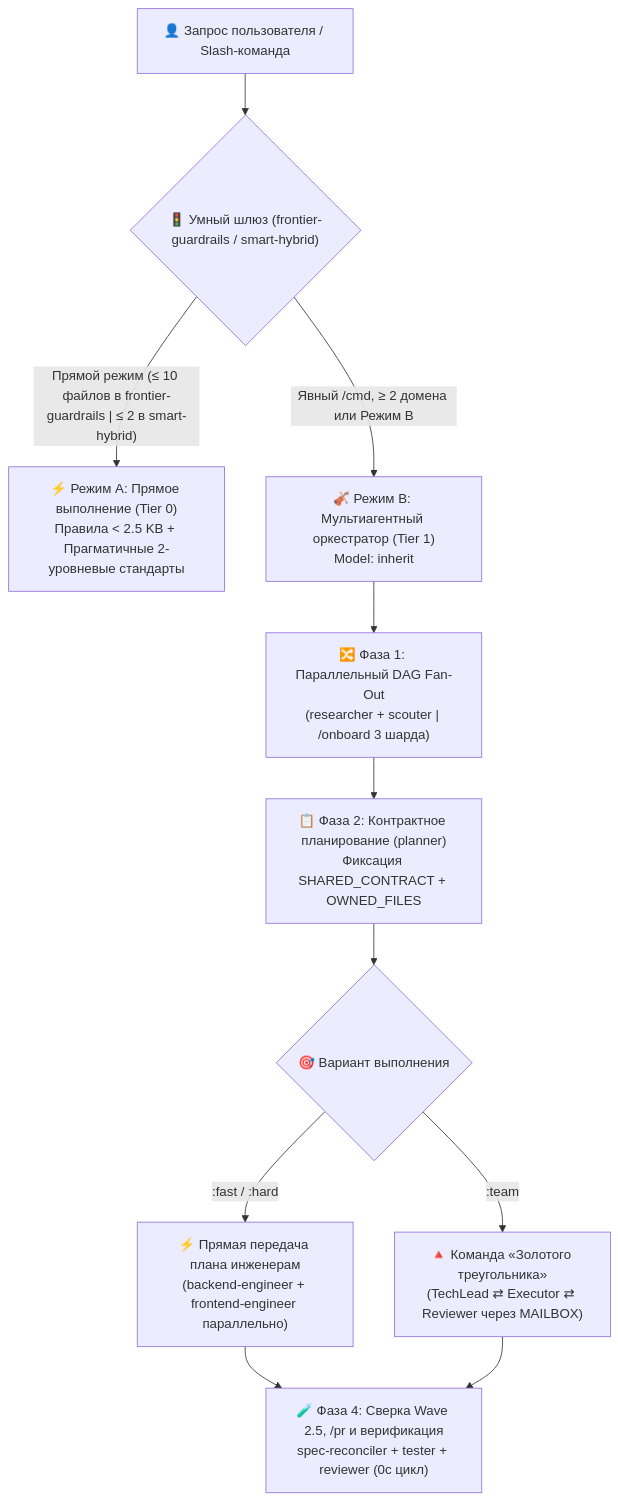
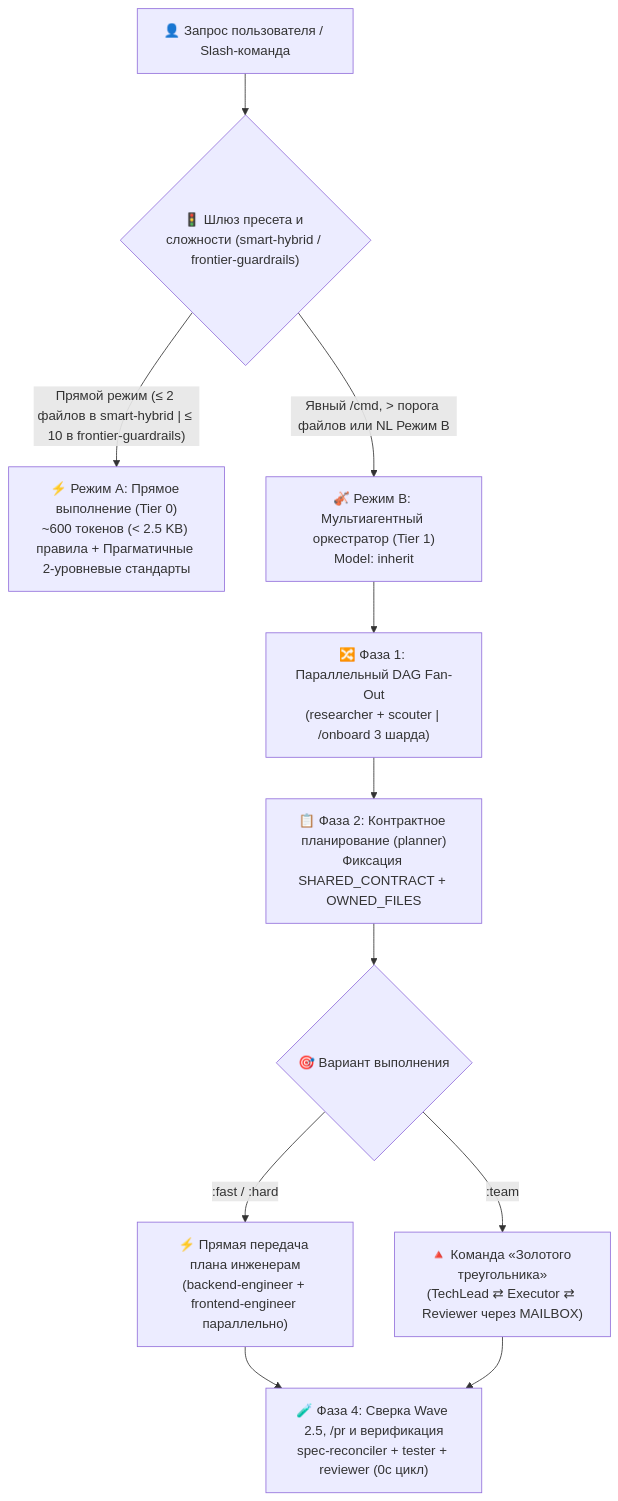
One commit to Kennyboom/BoomOpen-Workflow-Kit-Pro changed the diagram in i18n/README.ru.md. Above: the diagram before and after it, drawn with Mermaid. The commit also changed other lines of this file and 16 other files, not shown here.

Commit message:
docs(i18n,changelog): align all 16 localized READMEs and CHANGELOG to smart-hybrid default

````diff
--- a/i18n/README.ru.md
+++ b/i18n/README.ru.md
@@ -59,16 +60,16 @@
 ```mermaid
 flowchart TD
-    User["👤 Запрос пользователя / Slash-команда"] --> Gate{"🚦 Умный шлюз (frontier-guardrails / smart-hybrid)"}
-    Gate -->|"Прямой режим (≤ 10 файлов в frontier-guardrails | ≤ 2 в smart-hybrid)"| ModeA["⚡ Режим A: Прямое выполнение (Tier 0)<br/>Правила < 2.5 KB + Прагматичные 2-уровневые стандарты"]
-    Gate -->|"Явный /cmd, ≥ 2 домена или Режим B"| ModeB["🎻 Режим B: Мультиагентный оркестратор (Tier 1)<br/>Model: inherit"]
+    User["👤 Запрос пользователя / Slash-команда"] --> Gate{"🚦 Шлюз пресета и сложности (smart-hybrid / frontier-guardrails)"}
+    Gate -->|"Прямой режим (≤ 2 файлов в smart-hybrid | ≤ 10 в frontier-guardrails)"| ModeA["⚡ Режим A: Прямое выполнение (Tier 0)<br/>~600 токенов (< 2.5 KB) правила + Прагматичные 2-уровневые стандарты"]
+    Gate -->|"Явный /cmd, > порога файлов или NL Режим B"| ModeB["🎻 Режим B: Мультиагентный оркестратор (Tier 1)<br/>Model: inherit"]
 
     ModeB --> FanOut["🔀 Фаза 1: Параллельный DAG Fan-Out<br/>(researcher + scouter | /onboard 3 шарда)"]
     FanOut --> Plan["📋 Фаза 2: Контрактное планирование (planner)<br/>Фиксация SHARED_CONTRACT + OWNED_FILES"]
     Plan --> Dispatch{"🎯 Вариант выполнения"}
 
     Dispatch -->|":fast / :hard"| Direct["⚡ Прямая передача плана инженерам<br/>(backend-engineer + frontend-engineer параллельно)"]
     Dispatch -->|":team"| Triangle["🔺 Команда «Золотого треугольника»<br/>(TechLead ⇄ Executor ⇄ Reviewer через MAILBOX)"]
 
     Direct --> Verify["🧪 Фаза 4: Сверка Wave 2.5, /pr и верификация<br/>spec-reconciler + tester + reviewer (0с цикл)"]
     Triangle --> Verify
 ```
````
